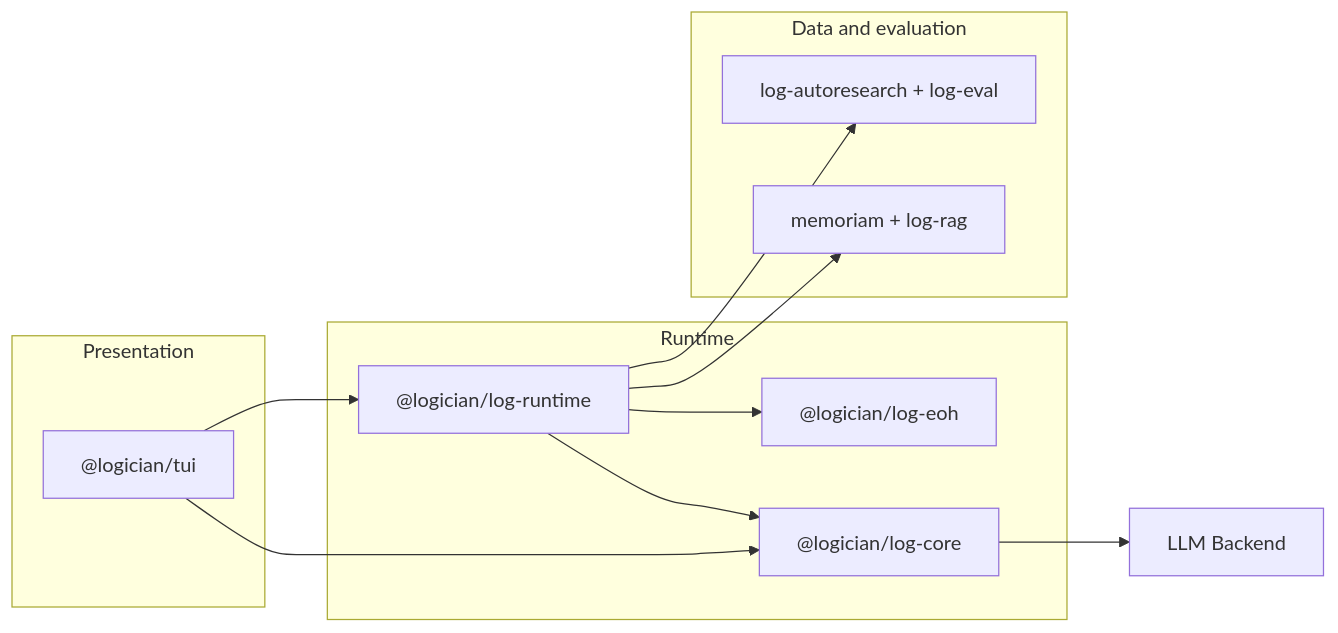
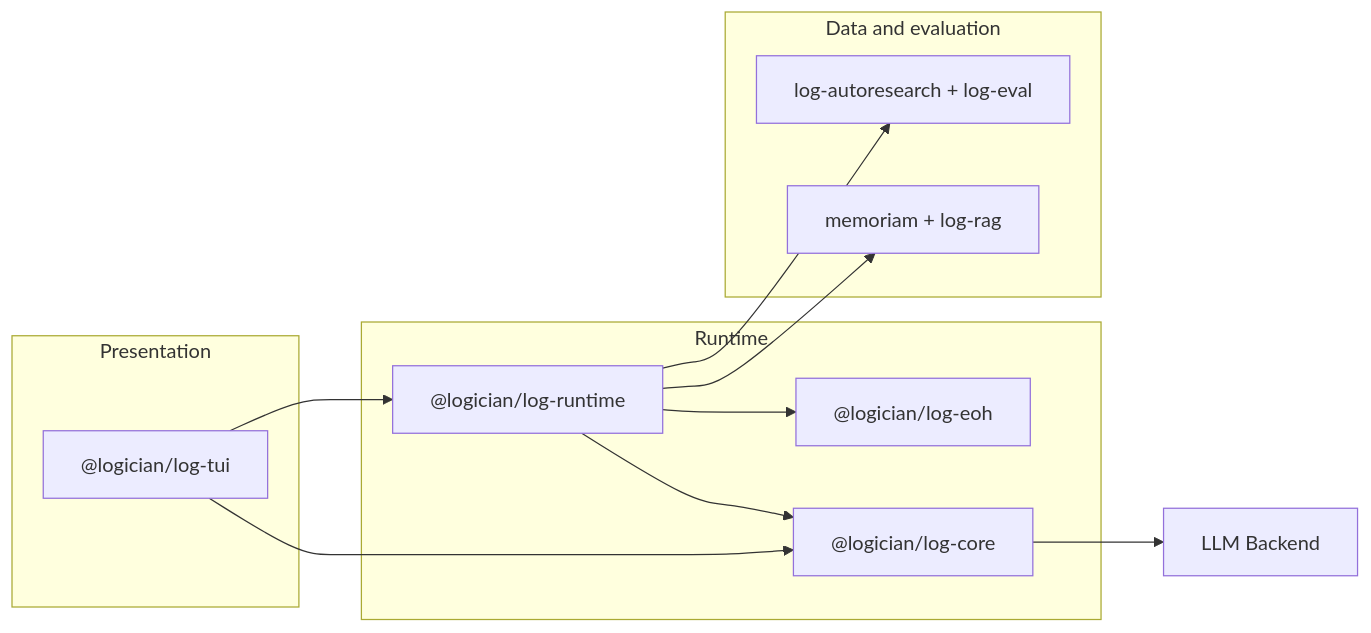
Before and after one commit to lseman/logician: the first of 2 diagrams in docs/architecture/overview.md, drawn with Mermaid. The commit also changed 5 other files, not shown here.

````diff
--- a/docs/architecture/overview.md
+++ b/docs/architecture/overview.md
@@ -12,22 +12,22 @@
 ```mermaid
 graph LR
   subgraph Presentation
-    A["@logician/tui"]
+    A["@logician/log-tui"]
   end
   subgraph Runtime
     C["@logician/log-core"]
     D["@logician/log-runtime"]
     H["@logician/log-eoh"]
   end
   subgraph DataAndEvaluation["Data and evaluation"]
     M["memoriam + log-rag"]
     E["log-autoresearch + log-eval"]
   end
   A --> C
+  A --> D
   D --> C
   D --> H
-  A --> D
   D --> M
   D --> E
   C --> L[LLM Backend]
 ```
````
